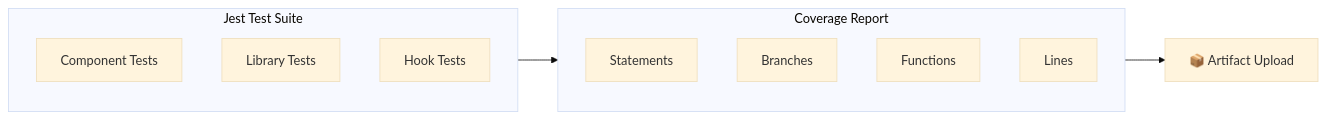
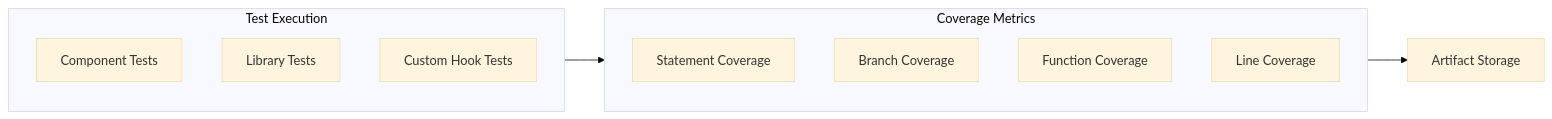
The second of 8 diagrams in docs/CI_CD_PIPELINE.md (WSO2-G02/salon-booking-frontend-dev), drawn with Mermaid (base theme) before and after one commit. The commit also changed other lines of this file and 2 other files, not shown here.

````diff
--- a/docs/CI_CD_PIPELINE.md
+++ b/docs/CI_CD_PIPELINE.md
@@ -123,18 +105,18 @@
 ```mermaid
 flowchart LR
-    subgraph Tests["Jest Test Suite"]
+    subgraph TestExecution["Test Execution"]
         components["Component Tests"]
         lib["Library Tests"]
-        hooks["Hook Tests"]
+        hooks["Custom Hook Tests"]
     end
     
-    subgraph Coverage["Coverage Report"]
-        statements["Statements"]
-        branches["Branches"]
-        functions["Functions"]
-        lines["Lines"]
+    subgraph CoverageMetrics["Coverage Metrics"]
+        statements["Statement Coverage"]
+        branches["Branch Coverage"]
+        functions["Function Coverage"]
+        lines["Line Coverage"]
     end
     
-    Tests --> Coverage
-    Coverage --> artifact["📦 Artifact Upload"]
+    TestExecution --> CoverageMetrics
+    CoverageMetrics --> artifact["Artifact Storage"]
 ```
````
